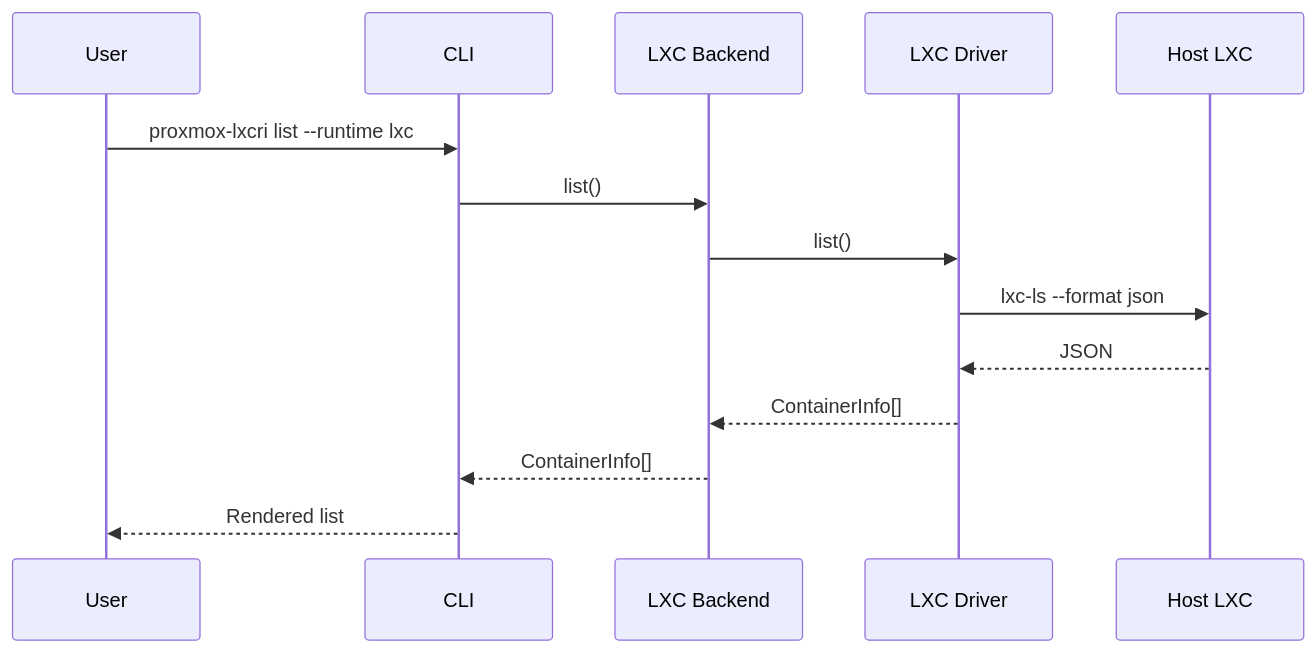
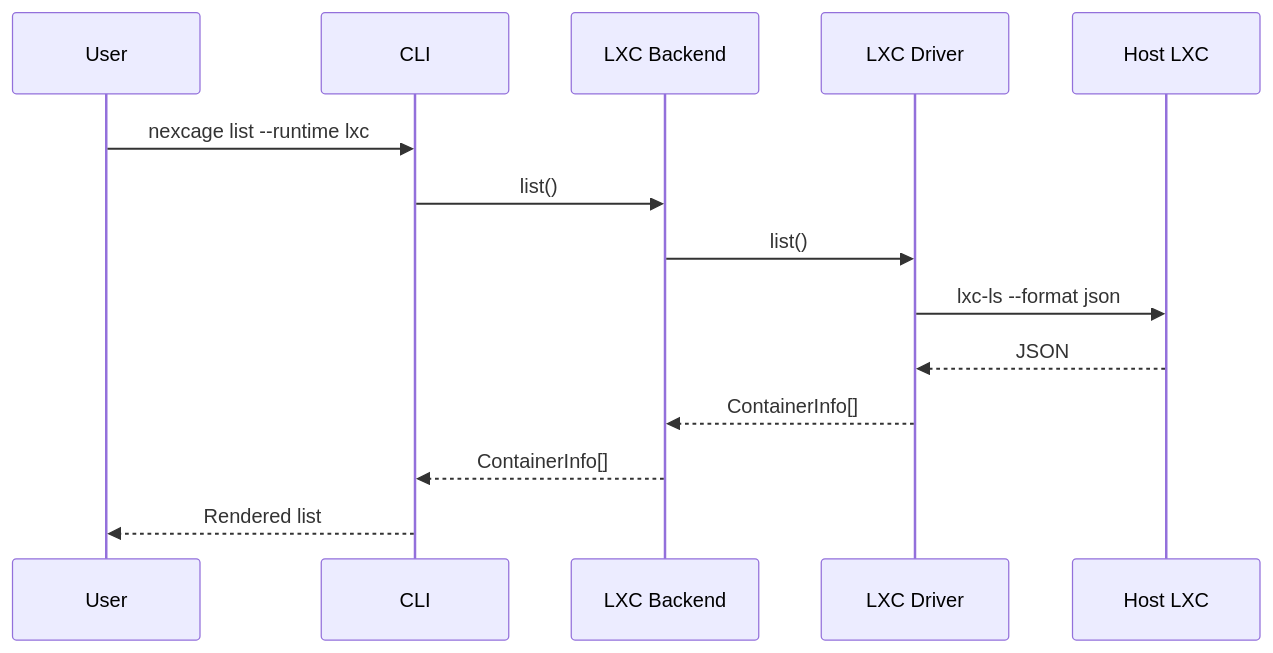
Before and after one commit to CageForge/nexcage: the second of 2 diagrams in docs/architecture/OVERVIEW.md, drawn with Mermaid. The commit also changed 51 other files, not shown here.

First line of the commit message:
rebrand: rename project from proxmox-lxcri to nexcage, organization from kubebsd to cageforge

````diff
--- a/docs/architecture/OVERVIEW.md
+++ b/docs/architecture/OVERVIEW.md
@@ -26,17 +26,17 @@
 ```mermaid
 sequenceDiagram
   participant U as User
   participant C as CLI
   participant B as LXC Backend
   participant D as LXC Driver
   participant H as Host LXC
 
-  U->>C: proxmox-lxcri list --runtime lxc
+  U->>C: nexcage list --runtime lxc
   C->>B: list()
   B->>D: list()
   D->>H: lxc-ls --format json
   H-->>D: JSON
   D-->>B: ContainerInfo[]
   B-->>C: ContainerInfo[]
   C-->>U: Rendered list
 ```
````
